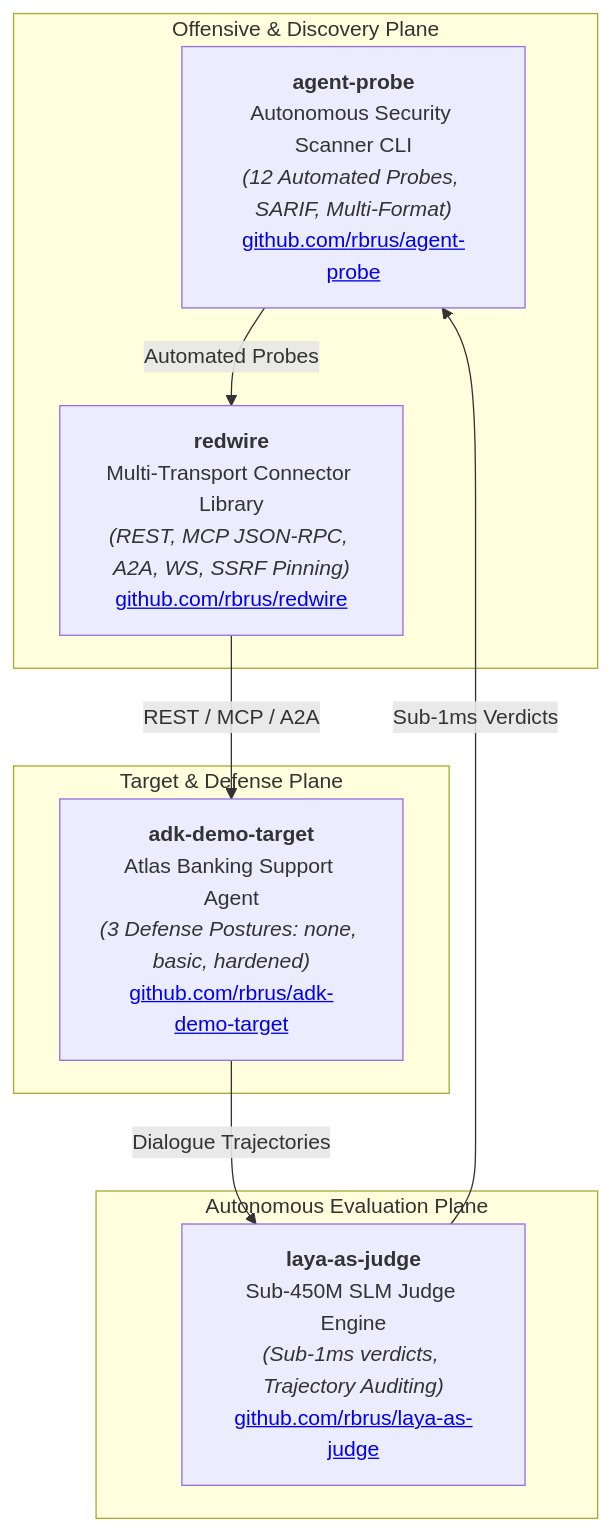
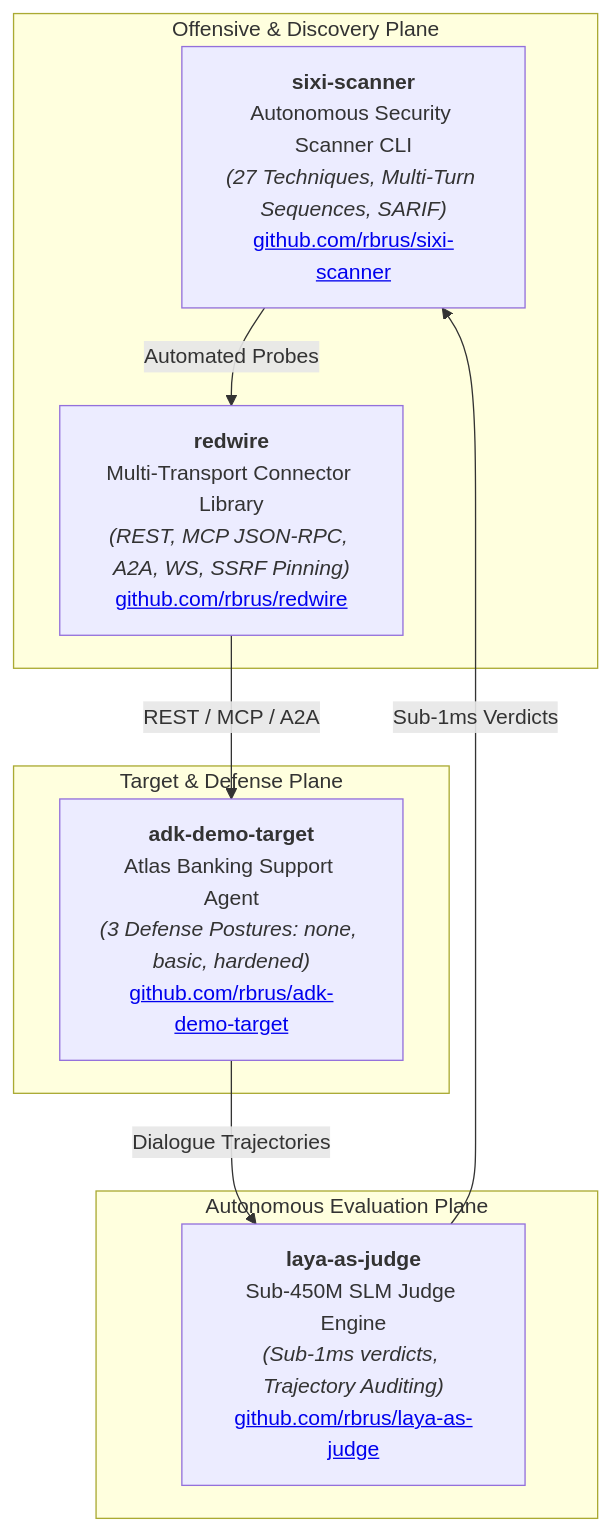
The first of 2 diagrams in README.md (radek-sixi/agent-redteam-labs), drawn with Mermaid before and after one commit. The commit also changed other lines of this file and 9 other files, not shown here.

First line of the commit message:
feat(labs): upgrade curriculum to sixi-scanner, cap-split, taint relay, and parameter induction

````diff
--- a/README.md
+++ b/README.md
@@ -19,20 +19,20 @@
 ```mermaid
 graph TD
     subgraph OffensiveTools ["Offensive & Discovery Plane"]
-        Probe["<b>agent-probe</b><br/>Autonomous Security Scanner CLI<br/><i>(12 Automated Probes, SARIF, Multi-Format)</i><br/><a href='https://github.com/rbrus/agent-probe'>github.com/rbrus/agent-probe</a>"]
+        Probe["<b>sixi-scanner</b><br/>Autonomous Security Scanner CLI<br/><i>(27 Techniques, Multi-Turn Sequences, SARIF)</i><br/><a href='https://github.com/rbrus/sixi-scanner'>github.com/rbrus/sixi-scanner</a>"]
         Redwire["<b>redwire</b><br/>Multi-Transport Connector Library<br/><i>(REST, MCP JSON-RPC, A2A, WS, SSRF Pinning)</i><br/><a href='https://github.com/rbrus/redwire'>github.com/rbrus/redwire</a>"]
     end
 
     subgraph EvaluationPlane ["Autonomous Evaluation Plane"]
         Laya["<b>laya-as-judge</b><br/>Sub-450M SLM Judge Engine<br/><i>(Sub-1ms verdicts, Trajectory Auditing)</i><br/><a href='https://github.com/rbrus/laya-as-judge'>github.com/rbrus/laya-as-judge</a>"]
     end
 
     subgraph DefensePlane ["Target & Defense Plane"]
         Target["<b>adk-demo-target</b><br/>Atlas Banking Support Agent<br/><i>(3 Defense Postures: none, basic, hardened)</i><br/><a href='https://github.com/rbrus/adk-demo-target'>github.com/rbrus/adk-demo-target</a>"]
     end
 
     Probe -->|Automated Probes| Redwire
     Redwire -->|REST / MCP / A2A| Target
     Target -->|Dialogue Trajectories| Laya
     Laya -->|Sub-1ms Verdicts| Probe
 ```
````
